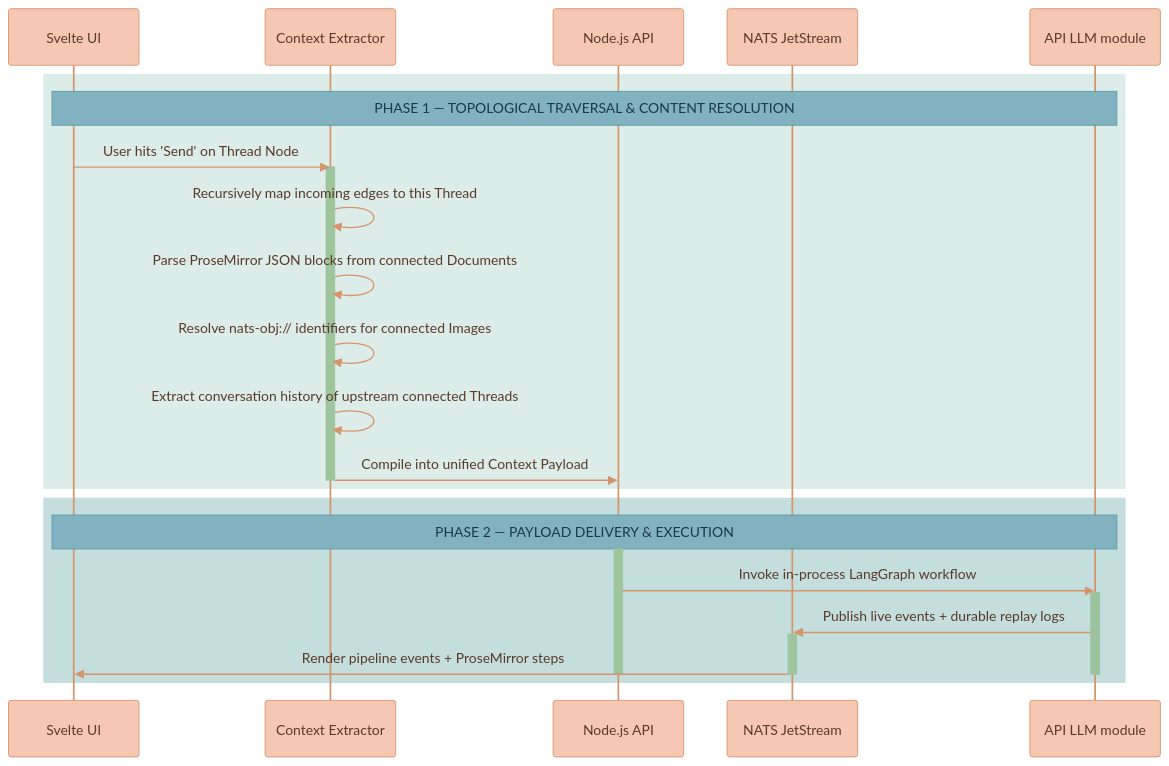
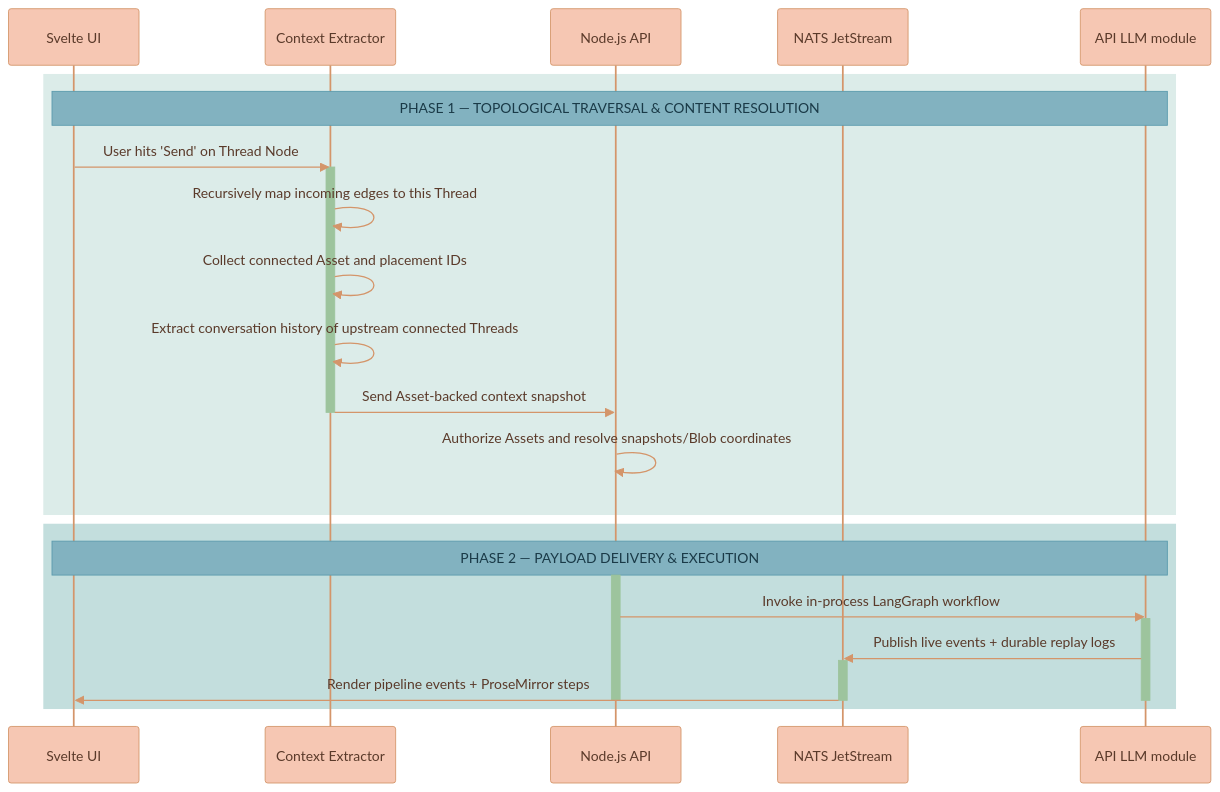
The fifth of 7 diagrams in documentation/PRODUCT-OVERVIEW.md (Lixpi/lixpi), drawn with Mermaid before and after one commit. The commit also changed other lines of this file and 225 other files, not shown here.

````diff
--- a/documentation/PRODUCT-OVERVIEW.md
+++ b/documentation/PRODUCT-OVERVIEW.md
@@ -243,40 +243,40 @@
 ```mermaid
 %%{init: {'theme': 'base', 'themeVariables': { 'noteBkgColor': '#82B2C0', 'noteTextColor': '#1a3a47', 'noteBorderColor': '#5a9aad', 'actorBkg': '#F6C7B3', 'actorBorder': '#d4956a', 'actorTextColor': '#5a3a2a', 'actorLineColor': '#d4956a', 'signalColor': '#d4956a', 'signalTextColor': '#5a3a2a', 'labelBoxBkgColor': '#F6C7B3', 'labelBoxBorderColor': '#d4956a', 'labelTextColor': '#5a3a2a', 'loopTextColor': '#5a3a2a', 'activationBorderColor': '#9DC49D', 'activationBkgColor': '#9DC49D', 'sequenceNumberColor': '#5a3a2a'}}}%%
 sequenceDiagram
     participant UI as Svelte UI
     participant Ext as Context Extractor
     participant API as Node.js API
     participant NATS as NATS JetStream
     participant LLM as API LLM module
 
     %% ═══════════════════════════════════════════════════════════════
     %% PHASE 1: TOPOLOGICAL TRAVERSAL & CONTENT RESOLUTION
     %% ═══════════════════════════════════════════════════════════════
     rect rgb(220, 236, 233)
         Note over UI, LLM: PHASE 1 — TOPOLOGICAL TRAVERSAL & CONTENT RESOLUTION
         UI->>Ext: User hits 'Send' on Thread Node
         activate Ext
         Ext->>Ext: Recursively map incoming edges to this Thread
-        Ext->>Ext: Parse ProseMirror JSON blocks from connected Documents
-        Ext->>Ext: Resolve nats-obj:// identifiers for connected Images
+        Ext->>Ext: Collect connected Asset and placement IDs
         Ext->>Ext: Extract conversation history of upstream connected Threads
-        Ext->>API: Compile into unified Context Payload
+        Ext->>API: Send Asset-backed context snapshot
         deactivate Ext
+        API->>API: Authorize Assets and resolve snapshots/Blob coordinates
     end
 
     %% ═══════════════════════════════════════════════════════════════
     %% PHASE 2: PAYLOAD DELIVERY & EXECUTION
     %% ═══════════════════════════════════════════════════════════════
     rect rgb(195, 222, 221)
         Note over UI, LLM: PHASE 2 — PAYLOAD DELIVERY & EXECUTION
         activate API
         API->>LLM: Invoke in-process LangGraph workflow
         activate LLM
         LLM->>NATS: Publish live events + durable replay logs
         activate NATS
         NATS->>UI: Render pipeline events + ProseMirror steps
         deactivate NATS
         deactivate LLM
         deactivate API
     end
 ```
````
